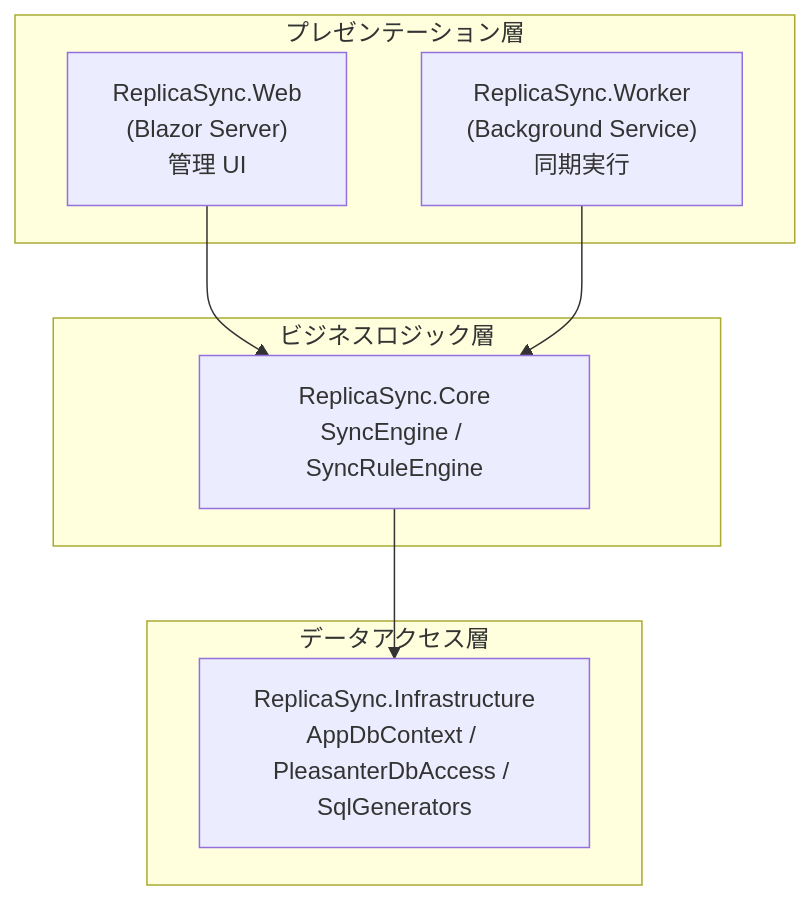
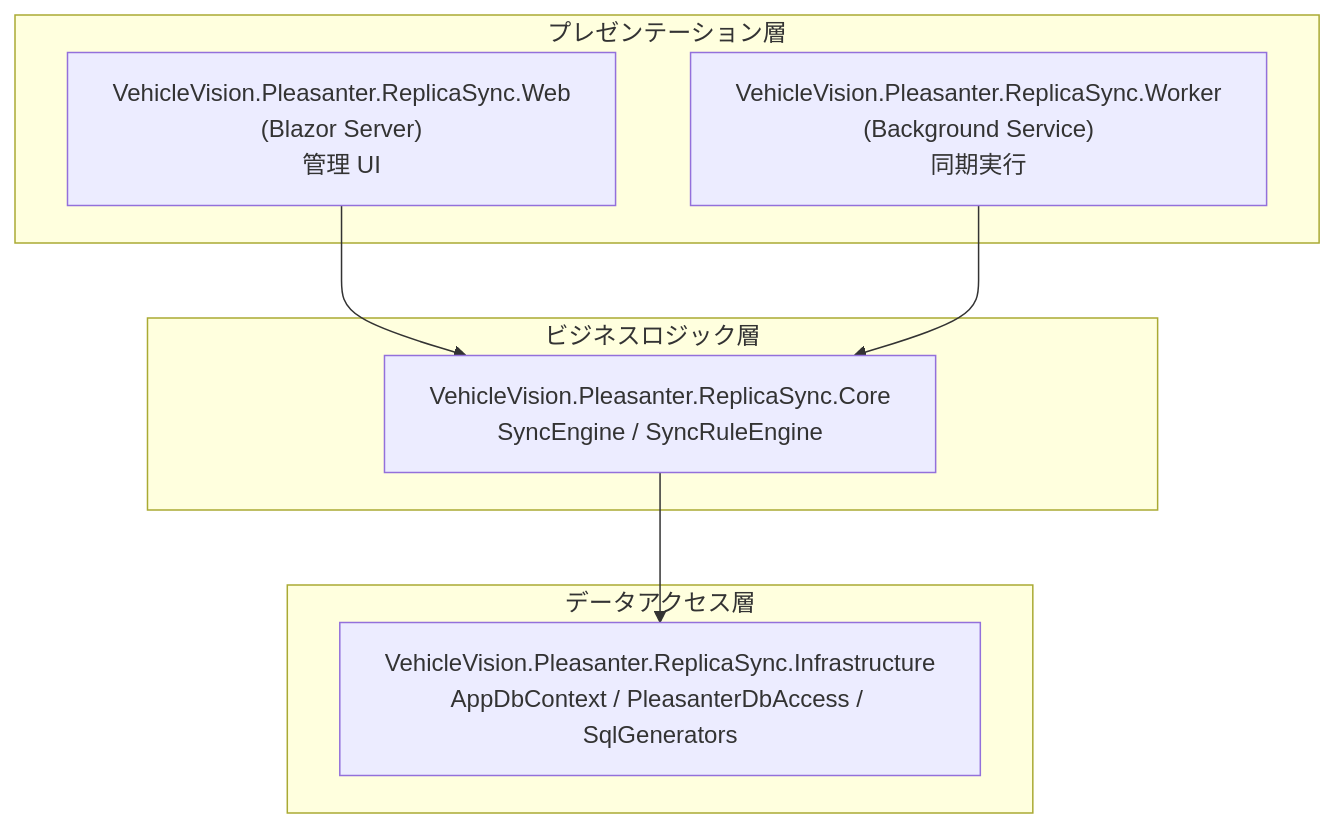
Before and after one commit to vehiclevisionjp/VehicleVision.Pleasanter.ReplicaSync: the first of 4 diagrams in docs/wiki/architecture-overview.md, drawn with Mermaid. The commit also changed other lines of this file and 258 other files, not shown here.

````diff
--- a/docs/wiki/architecture-overview.md
+++ b/docs/wiki/architecture-overview.md
@@ -30,17 +30,17 @@
 ```mermaid
 flowchart TD
     subgraph presentation["プレゼンテーション層"]
-        Web["ReplicaSync.Web\n(Blazor Server)\n管理 UI"]
-        Worker["ReplicaSync.Worker\n(Background Service)\n同期実行"]
+        Web["VehicleVision.Pleasanter.ReplicaSync.Web\n(Blazor Server)\n管理 UI"]
+        Worker["VehicleVision.Pleasanter.ReplicaSync.Worker\n(Background Service)\n同期実行"]
     end
     subgraph core["ビジネスロジック層"]
-        Core["ReplicaSync.Core\nSyncEngine / SyncRuleEngine"]
+        Core["VehicleVision.Pleasanter.ReplicaSync.Core\nSyncEngine / SyncRuleEngine"]
     end
     subgraph infra["データアクセス層"]
-        Infra["ReplicaSync.Infrastructure\nAppDbContext / PleasanterDbAccess / SqlGenerators"]
+        Infra["VehicleVision.Pleasanter.ReplicaSync.Infrastructure\nAppDbContext / PleasanterDbAccess / SqlGenerators"]
     end
 
     Web --> Core
     Worker --> Core
     Core --> Infra
 ```
````
